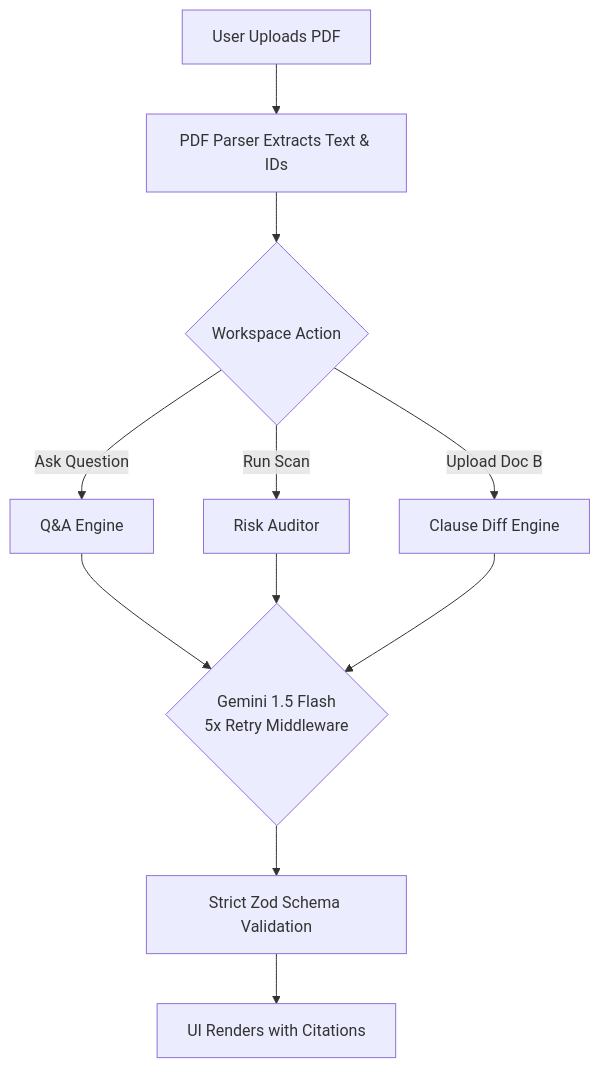
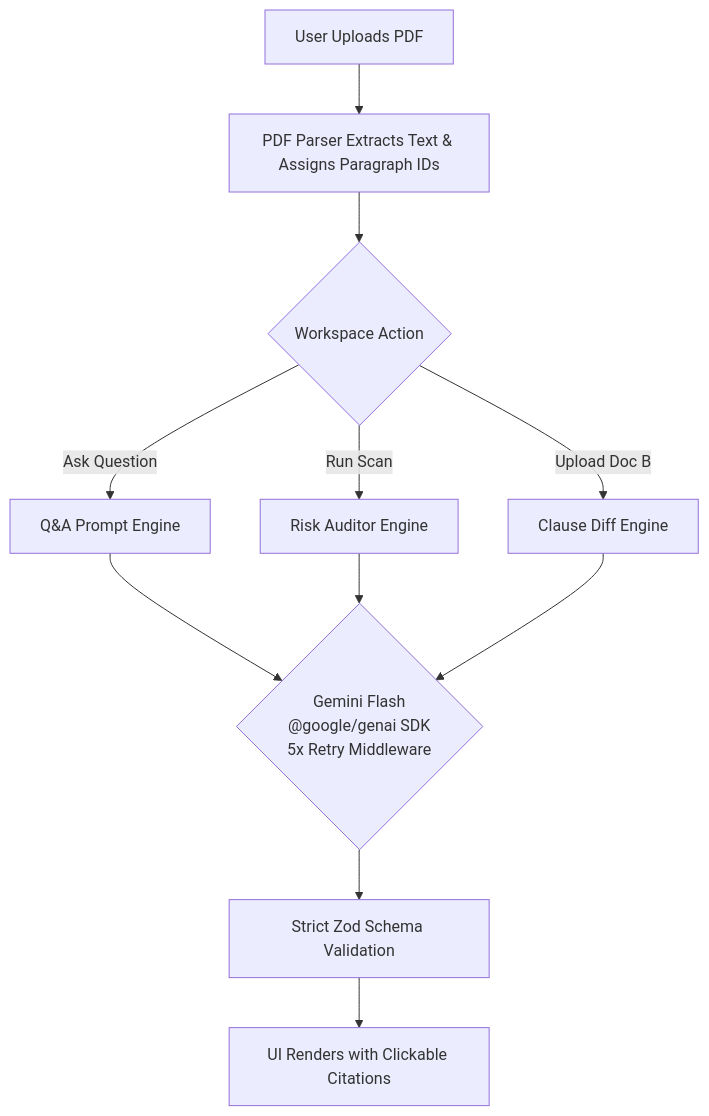
One commit to vaibhavvvvjain03/Legal-AI changed the diagram in README.md. Above: the diagram before and after it, drawn with Mermaid. The commit also changed other lines of this file, not shown here.

````diff
--- a/README.md
+++ b/README.md
@@ -78,13 +90,13 @@
 ```mermaid
 graph TD
-    A[User Uploads PDF] --> B[PDF Parser Extracts Text & IDs]
+    A[User Uploads PDF] --> B[PDF Parser Extracts Text & Assigns Paragraph IDs]
     B --> C{Workspace Action}
-    C -->|Ask Question| D[Q&A Engine]
-    C -->|Run Scan| E[Risk Auditor]
+    C -->|Ask Question| D[Q&A Prompt Engine]
+    C -->|Run Scan| E[Risk Auditor Engine]
     C -->|Upload Doc B| F[Clause Diff Engine]
-    D --> G{Gemini 1.5 Flash <br> 5x Retry Middleware}
+    D --> G{Gemini Flash <br> @google/genai SDK <br> 5x Retry Middleware}
     E --> G
     F --> G
     G --> H[Strict Zod Schema Validation]
-    H --> I[UI Renders with Citations]
+    H --> I[UI Renders with Clickable Citations]
 ```
````
